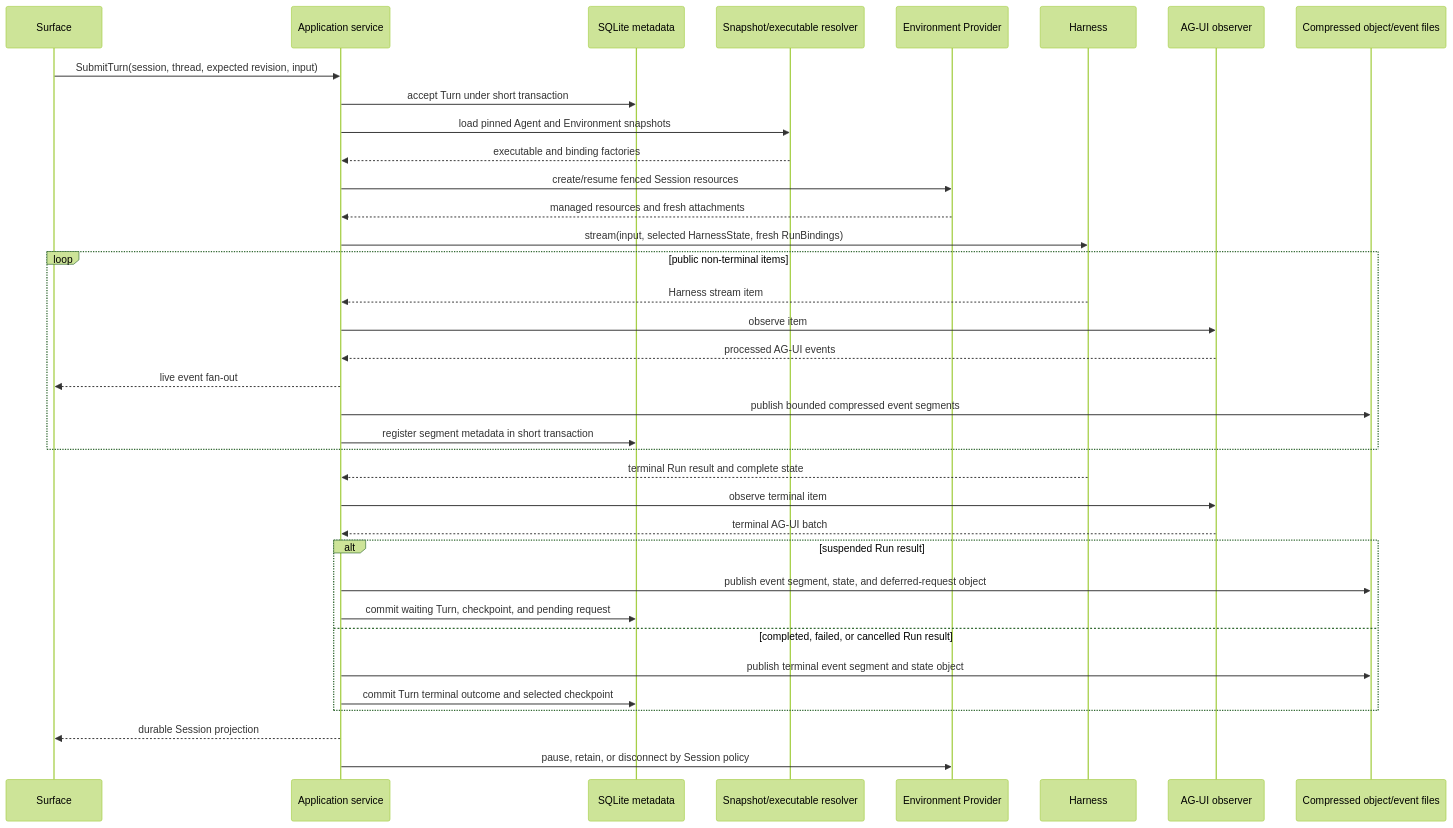
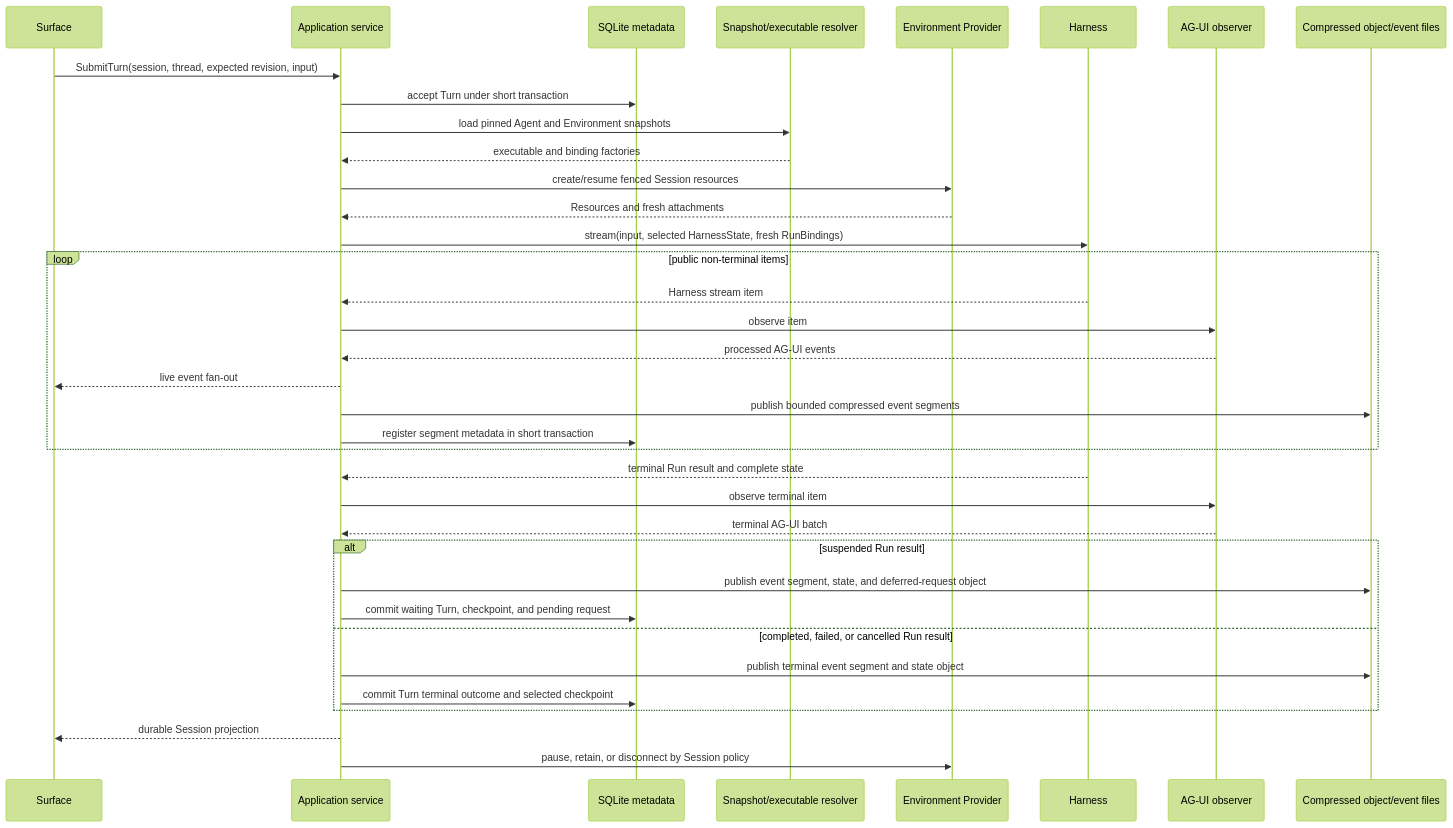
The second of 5 diagrams in spec/agent-ui/05-runtime-subagents-and-surfaces.md (LTThreeComma/agent-foundation), drawn with Mermaid (forest theme) before and after one commit. The commit also changed other lines of this file and 125 other files, not shown here.

````diff
--- a/spec/agent-ui/05-runtime-subagents-and-surfaces.md
+++ b/spec/agent-ui/05-runtime-subagents-and-surfaces.md
@@ -125,39 +125,39 @@
 ```mermaid
 sequenceDiagram
     participant Surface
     participant App as Application service
     participant DB as SQLite metadata
     participant Resolver as Snapshot/executable resolver
     participant Provider as Environment Provider
     participant Harness
     participant Observer as AG-UI observer
     participant Files as Compressed object/event files
 
     Surface->>App: SubmitTurn(session, thread, expected revision, input)
     App->>DB: accept Turn under short transaction
     App->>Resolver: load pinned Agent and Environment snapshots
     Resolver-->>App: executable and binding factories
     App->>Provider: create/resume fenced Session resources
-    Provider-->>App: managed resources and fresh attachments
+    Provider-->>App: Resources and fresh attachments
     App->>Harness: stream(input, selected HarnessState, fresh RunBindings)
     loop public non-terminal items
         Harness-->>App: Harness stream item
         App->>Observer: observe item
         Observer-->>App: processed AG-UI events
         App-->>Surface: live event fan-out
         App->>Files: publish bounded compressed event segments
         App->>DB: register segment metadata in short transaction
     end
     Harness-->>App: terminal Run result and complete state
     App->>Observer: observe terminal item
     Observer-->>App: terminal AG-UI batch
     alt suspended Run result
         App->>Files: publish event segment, state, and deferred-request object
         App->>DB: commit waiting Turn, checkpoint, and pending request
     else completed, failed, or cancelled Run result
         App->>Files: publish terminal event segment and state object
         App->>DB: commit Turn terminal outcome and selected checkpoint
     end
     App-->>Surface: durable Session projection
     App->>Provider: pause, retain, or disconnect by Session policy
 ```
````
